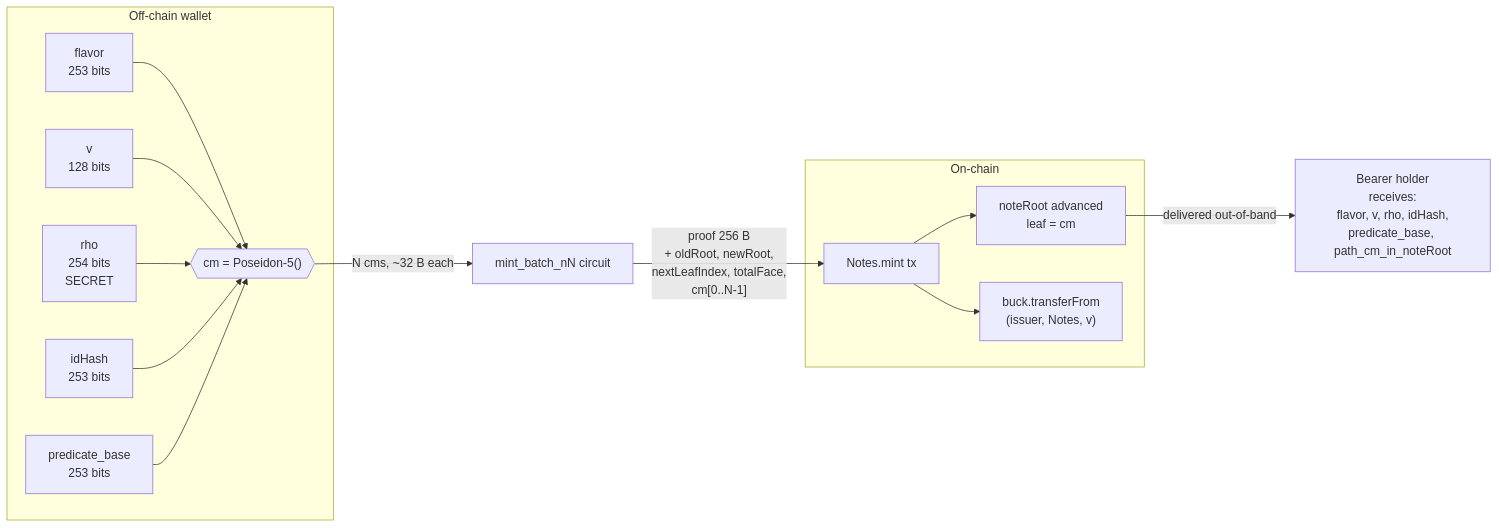
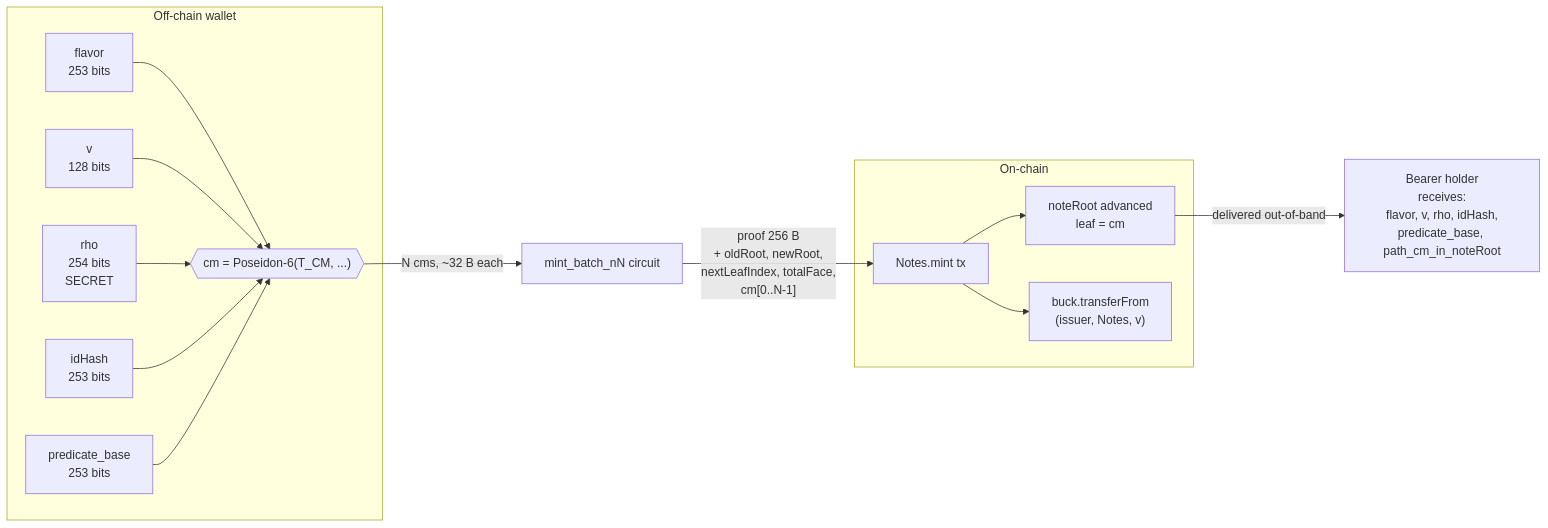
One commit to alberta-buck/alberta-buck changed the first of 4 diagrams in alberta-buck-notes-serialized.org. Above: the diagram before and after it, drawn with Mermaid. The commit also changed other lines of this file and 157 other files, not shown here.

```diff
--- a/alberta-buck-notes-serialized.org
+++ b/alberta-buck-notes-serialized.org
@@ -199,26 +199,26 @@
 #+BEGIN_SRC mermaid :file ./images/mint-single.png
 flowchart LR
   subgraph off[Off-chain wallet]
     flavor[flavor<br/>253 bits]
     v[v<br/>128 bits]
     rho[rho<br/>254 bits<br/>SECRET]
     idHash[idHash<br/>253 bits]
     predicate[predicate_base<br/>253 bits]
-    cm{{"cm = Poseidon-5()"}}
+    cm{{"cm = Poseidon-6(T_CM, ...)"}}
     flavor --> cm
     v --> cm
     rho --> cm
     idHash --> cm
     predicate --> cm
   end
 
   cm -->|"N cms, ~32 B each"| batch[mint_batch_nN circuit]
   batch -->|"proof 256 B<br/>+ oldRoot, newRoot,<br/>nextLeafIndex, totalFace,<br/>cm[0..N-1]"| mint[Notes.mint tx]
 
   subgraph on[On-chain]
     mint --> note[noteRoot advanced<br/>leaf = cm]
     mint --> buckxfer["buck.transferFrom<br/>(issuer, Notes, v)"]
   end
 
   note -->|delivered out-of-band| holder[Bearer holder<br/>receives:<br/>flavor, v, rho, idHash,<br/>predicate_base, path_cm_in_noteRoot]
 #+END_SRC
```
